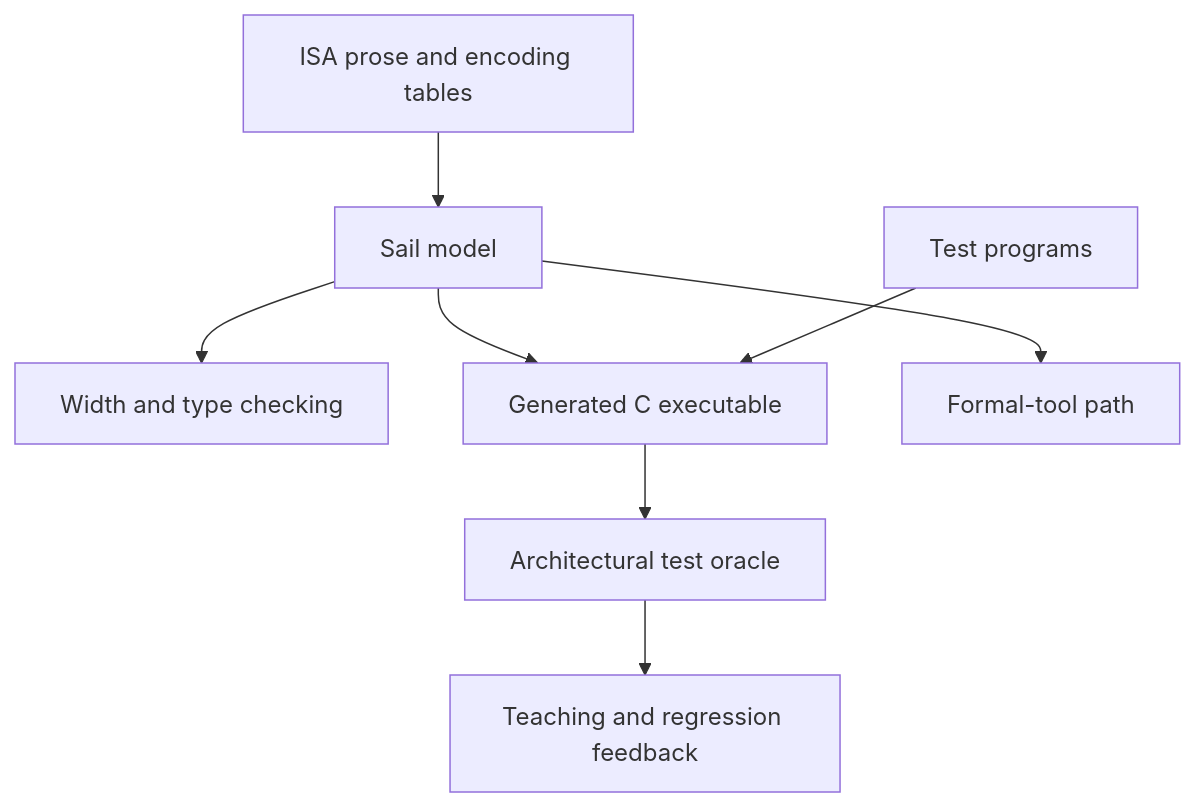
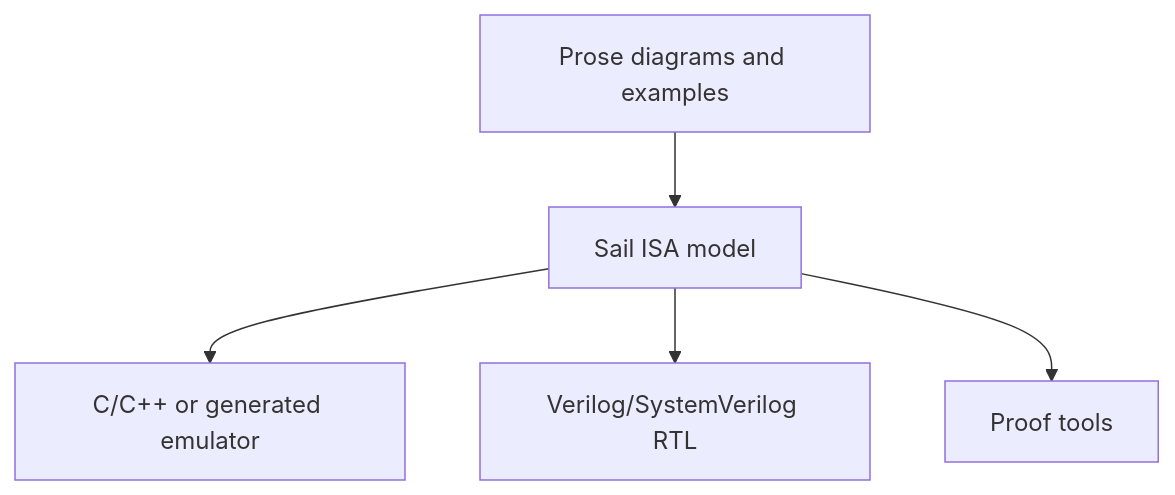
Before and after one commit to VIDLG/verylogic-workspace-sail: the diagram in site/docs/en/why-sail.mdx, drawn with Mermaid. The commit also changed other lines of this file and 2 other files, not shown here.

Commit message:
docs: teach Sail tradeoffs through ISA examples

````diff
--- a/site/docs/en/why-sail.mdx
+++ b/site/docs/en/why-sail.mdx
@@ -85,10 +19,7 @@
 ```mermaid
 flowchart TD
-    Manual[ISA prose and encoding tables] --> Model[Sail model]
-    Model --> Types[Width and type checking]
-    Model --> Native[Generated C executable]
-    Model --> Formal[Formal-tool path]
-    Programs[Test programs] --> Native
-    Native --> Oracle[Architectural test oracle]
-    Oracle --> Feedback[Teaching and regression feedback]
+    Manual[Prose diagrams and examples] --> ISA[Sail ISA model]
+    ISA --> Emulator[C/C++ or generated emulator]
+    ISA --> RTL[Verilog/SystemVerilog RTL]
+    ISA --> Proof[Proof tools]
 ```
````
